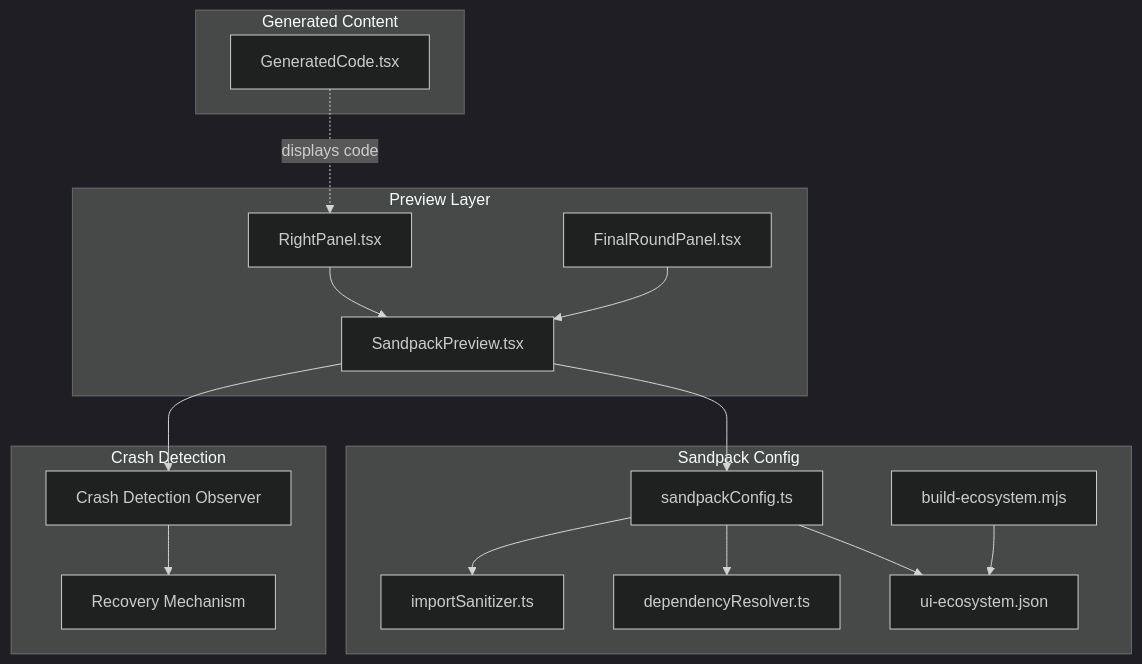
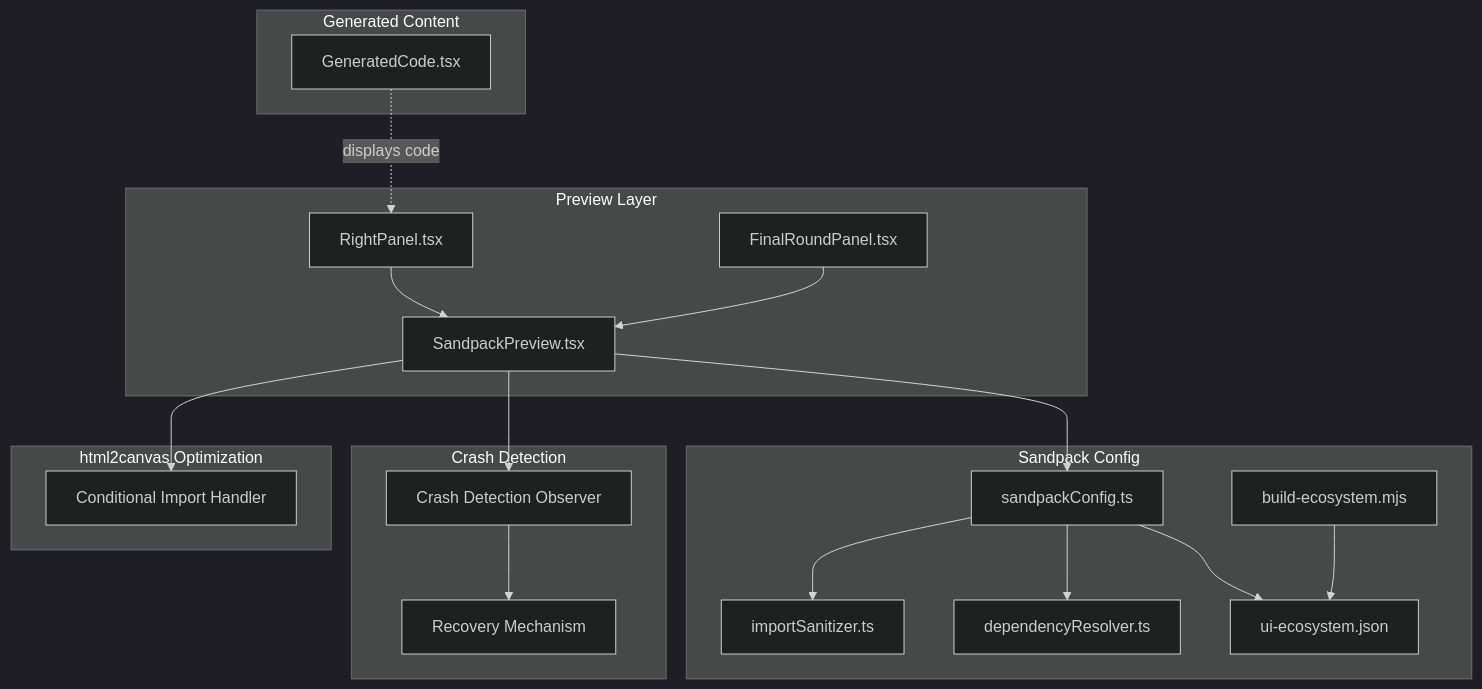
One commit to shekhargiri005-dotcom/AI-powered-accessibility-first-UI-engine changed the first of 9 diagrams in .qoder/repowiki/en/content/Live Preview & Development Tools/Sandpack Integration.md. Above: the diagram before and after it, drawn with Mermaid (dark theme). The commit also changed other lines of this file and 10 other files, not shown here.

````diff
--- a/.qoder/repowiki/en/content/Live Preview & Development Tools/Sandpack Integration.md
+++ b/.qoder/repowiki/en/content/Live Preview & Development Tools/Sandpack Integration.md
@@ -48,32 +48,36 @@
 ```mermaid
 graph TB
 subgraph "Preview Layer"
 SP["SandpackPreview.tsx"]
 RC["RightPanel.tsx"]
 FR["FinalRoundPanel.tsx"]
 end
 subgraph "Sandpack Config"
 CFG["sandpackConfig.ts"]
 SAN["importSanitizer.ts"]
 RES["dependencyResolver.ts"]
 UIM["ui-ecosystem.json"]
 BLD["build-ecosystem.mjs"]
 end
 subgraph "Generated Content"
 GC["GeneratedCode.tsx"]
 end
 subgraph "Crash Detection"
 CD["Crash Detection Observer"]
 RM["Recovery Mechanism"]
 end
+subgraph "html2canvas Optimization"
+HC["Conditional Import Handler"]
+end
 RC --> SP
 FR --> SP
 SP --> CFG
 CFG --> SAN
 CFG --> RES
 CFG --> UIM
 BLD --> UIM
 GC -. displays code .-> RC
 SP --> CD
 CD --> RM
+SP --> HC
 ```
````
